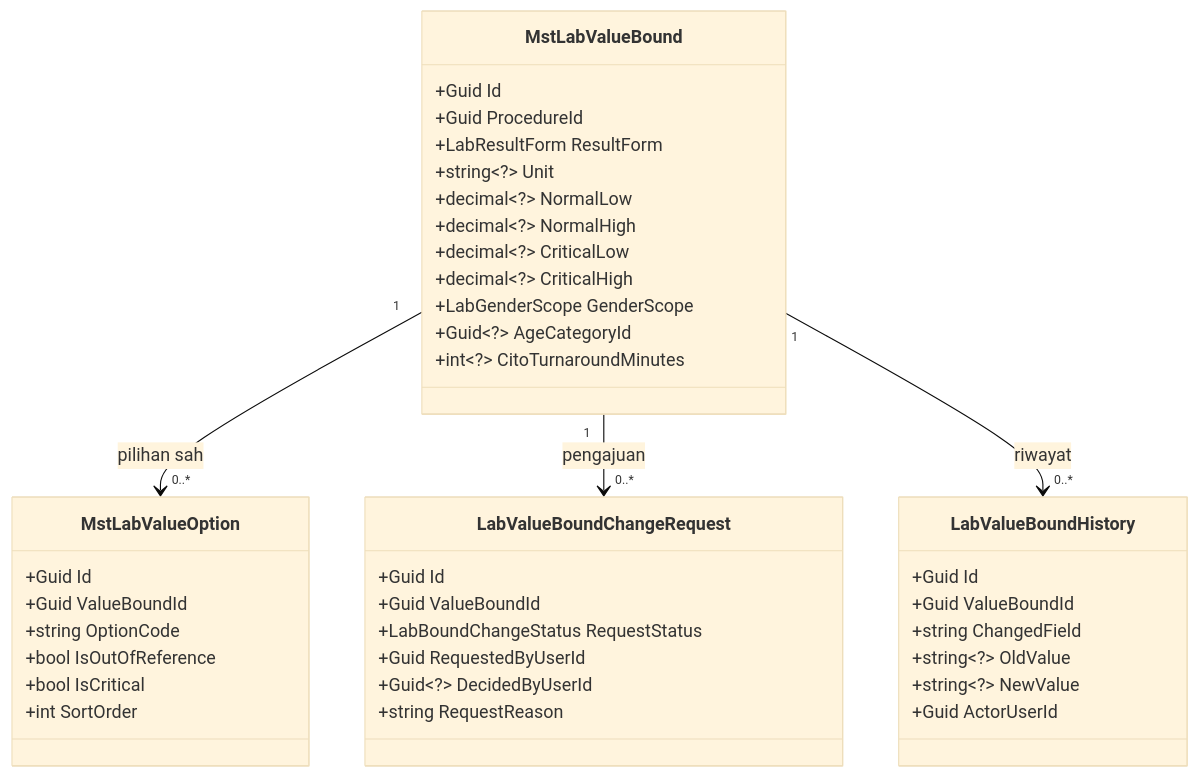
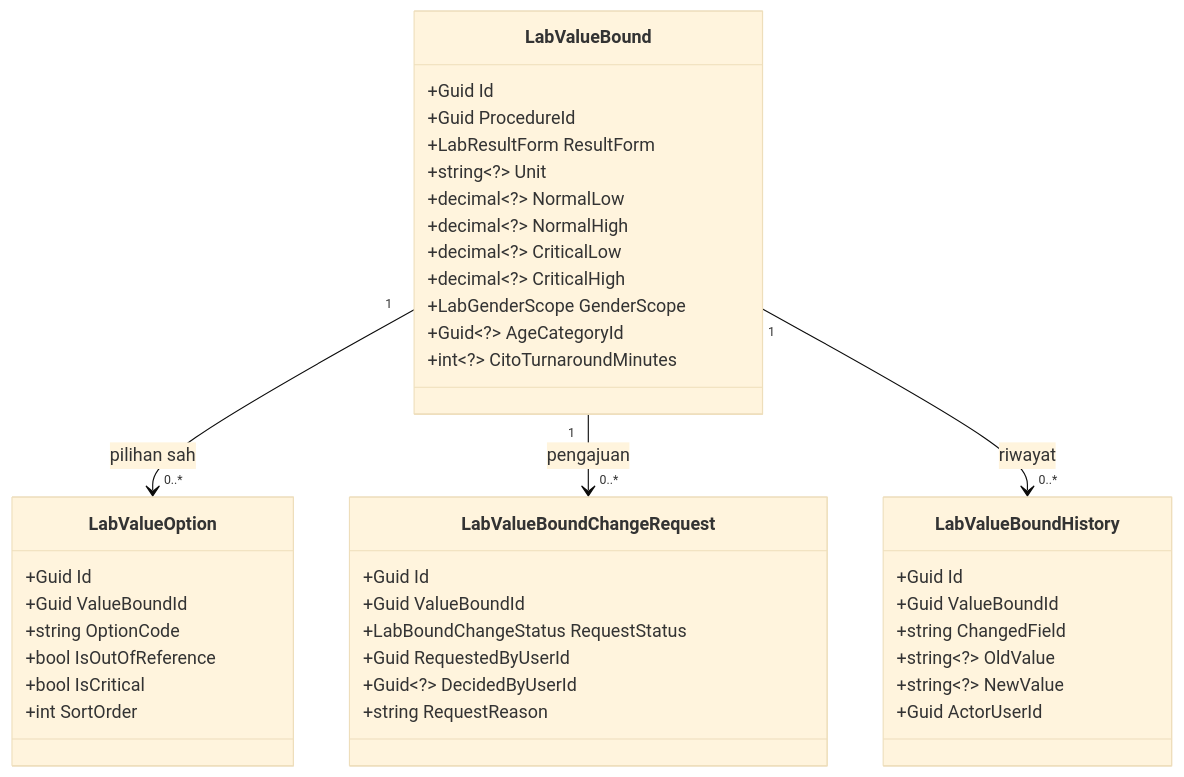
One commit to DevBenari/NewQuilvianSystemBackend changed the second of 3 diagrams in docs/module-blueprints/laboratorium/02-backend-architecture.md. Above: the diagram before and after it, drawn with Mermaid (base theme). The commit also changed other lines of this file and 20 other files, not shown here.

````diff
--- a/docs/module-blueprints/laboratorium/02-backend-architecture.md
+++ b/docs/module-blueprints/laboratorium/02-backend-architecture.md
@@ -162,43 +162,43 @@
 ```mermaid
 classDiagram
-    class MstLabValueBound {
+    class LabValueBound {
         +Guid Id
         +Guid ProcedureId
         +LabResultForm ResultForm
         +string~?~ Unit
         +decimal~?~ NormalLow
         +decimal~?~ NormalHigh
         +decimal~?~ CriticalLow
         +decimal~?~ CriticalHigh
         +LabGenderScope GenderScope
         +Guid~?~ AgeCategoryId
         +int~?~ CitoTurnaroundMinutes
     }
-    class MstLabValueOption {
+    class LabValueOption {
         +Guid Id
         +Guid ValueBoundId
         +string OptionCode
         +bool IsOutOfReference
         +bool IsCritical
         +int SortOrder
     }
     class LabValueBoundChangeRequest {
         +Guid Id
         +Guid ValueBoundId
         +LabBoundChangeStatus RequestStatus
         +Guid RequestedByUserId
         +Guid~?~ DecidedByUserId
         +string RequestReason
     }
     class LabValueBoundHistory {
         +Guid Id
         +Guid ValueBoundId
         +string ChangedField
         +string~?~ OldValue
         +string~?~ NewValue
         +Guid ActorUserId
     }
-    MstLabValueBound "1" --> "0..*" MstLabValueOption : pilihan sah
-    MstLabValueBound "1" --> "0..*" LabValueBoundChangeRequest : pengajuan
-    MstLabValueBound "1" --> "0..*" LabValueBoundHistory : riwayat
+    LabValueBound "1" --> "0..*" LabValueOption : pilihan sah
+    LabValueBound "1" --> "0..*" LabValueBoundChangeRequest : pengajuan
+    LabValueBound "1" --> "0..*" LabValueBoundHistory : riwayat
 ```
````
